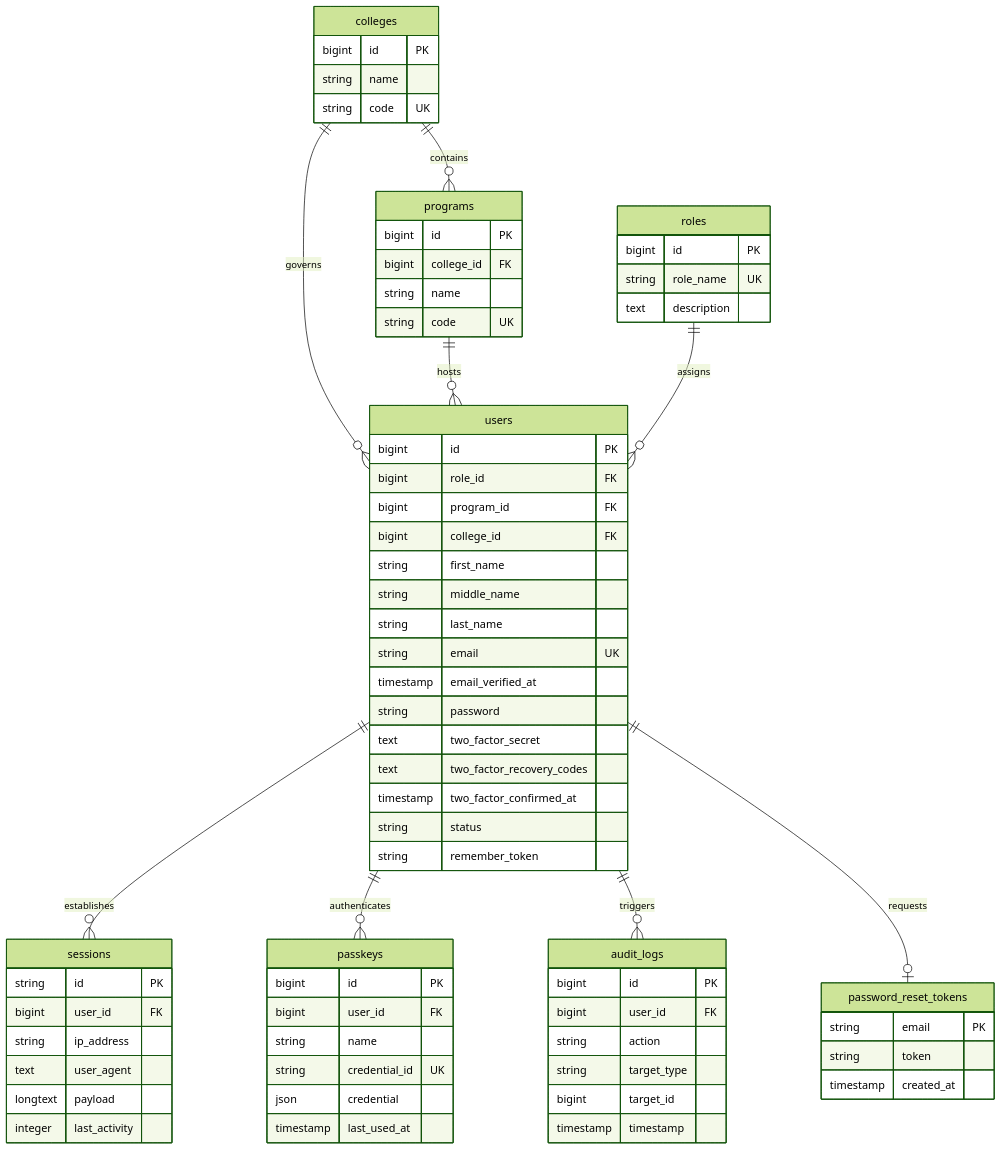
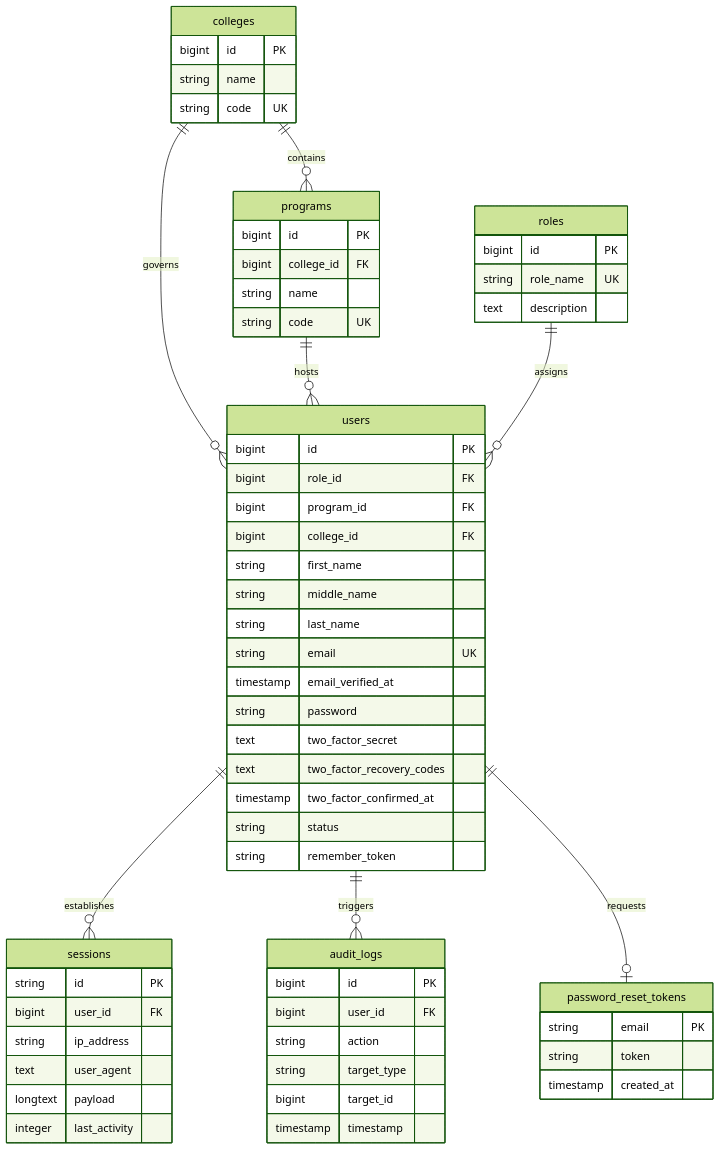
One commit to CCVillanueva02/iqarchive-capstone-figma changed the diagram in DOCUMENTATION.md. Above: the diagram before and after it, drawn with Mermaid (forest theme). The commit also changed other lines of this file and 1 other file, not shown here.

````diff
--- a/DOCUMENTATION.md
+++ b/DOCUMENTATION.md
@@ -592,74 +590,65 @@
 ```mermaid
 erDiagram
     roles {
         bigint id PK
         string role_name UK
         text description
     }
     colleges {
         bigint id PK
         string name
         string code UK
     }
     programs {
         bigint id PK
         bigint college_id FK
         string name
         string code UK
     }
     users {
         bigint id PK
         bigint role_id FK
         bigint program_id FK
         bigint college_id FK
         string first_name
         string middle_name
         string last_name
         string email UK
         timestamp email_verified_at
         string password
         text two_factor_secret
         text two_factor_recovery_codes
         timestamp two_factor_confirmed_at
         string status
         string remember_token
     }
     password_reset_tokens {
         string email PK
         string token
         timestamp created_at
     }
     sessions {
         string id PK
         bigint user_id FK
         string ip_address
         text user_agent
         longtext payload
         integer last_activity
     }
-    passkeys {
-        bigint id PK
-        bigint user_id FK
-        string name
-        string credential_id UK
-        json credential
-        timestamp last_used_at
-    }
     audit_logs {
         bigint id PK
         bigint user_id FK
         string action
         string target_type
         bigint target_id
         timestamp timestamp
     }
 
     colleges ||--o{ programs : "contains"
     colleges ||--o{ users : "governs"
     programs ||--o{ users : "hosts"
     roles ||--o{ users : "assigns"
     users ||--o{ sessions : "establishes"
-    users ||--o{ passkeys : "authenticates"
     users ||--o{ audit_logs : "triggers"
     users ||--o| password_reset_tokens : "requests"
 ```
````
